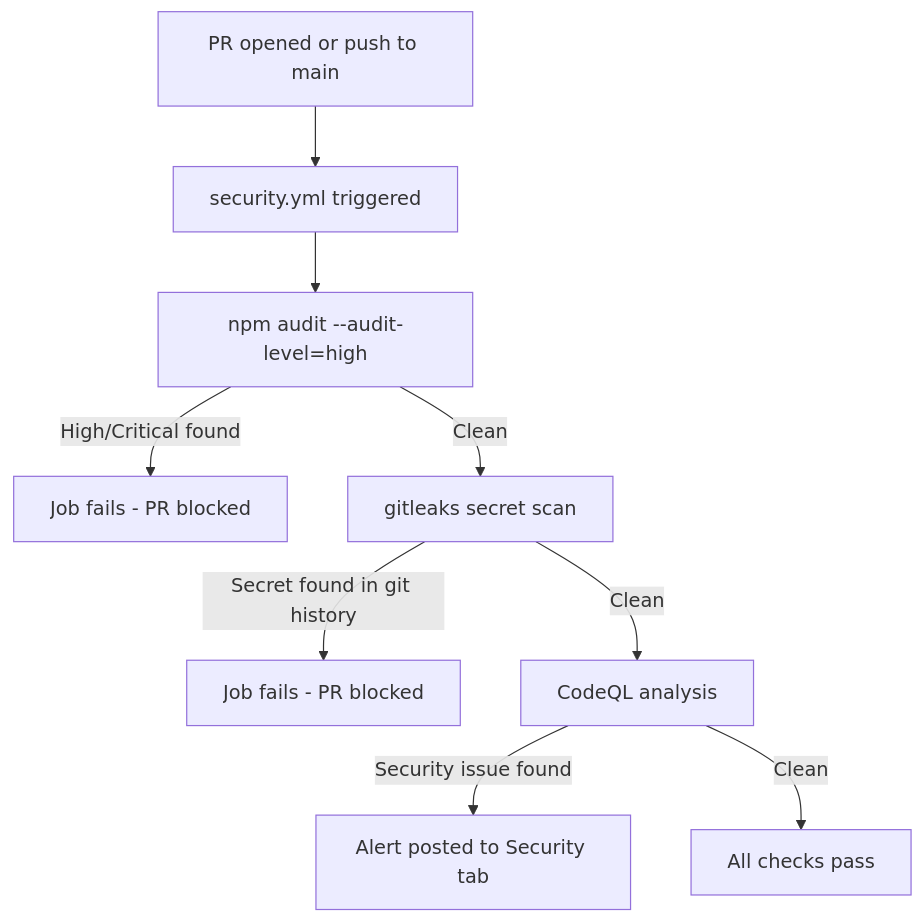
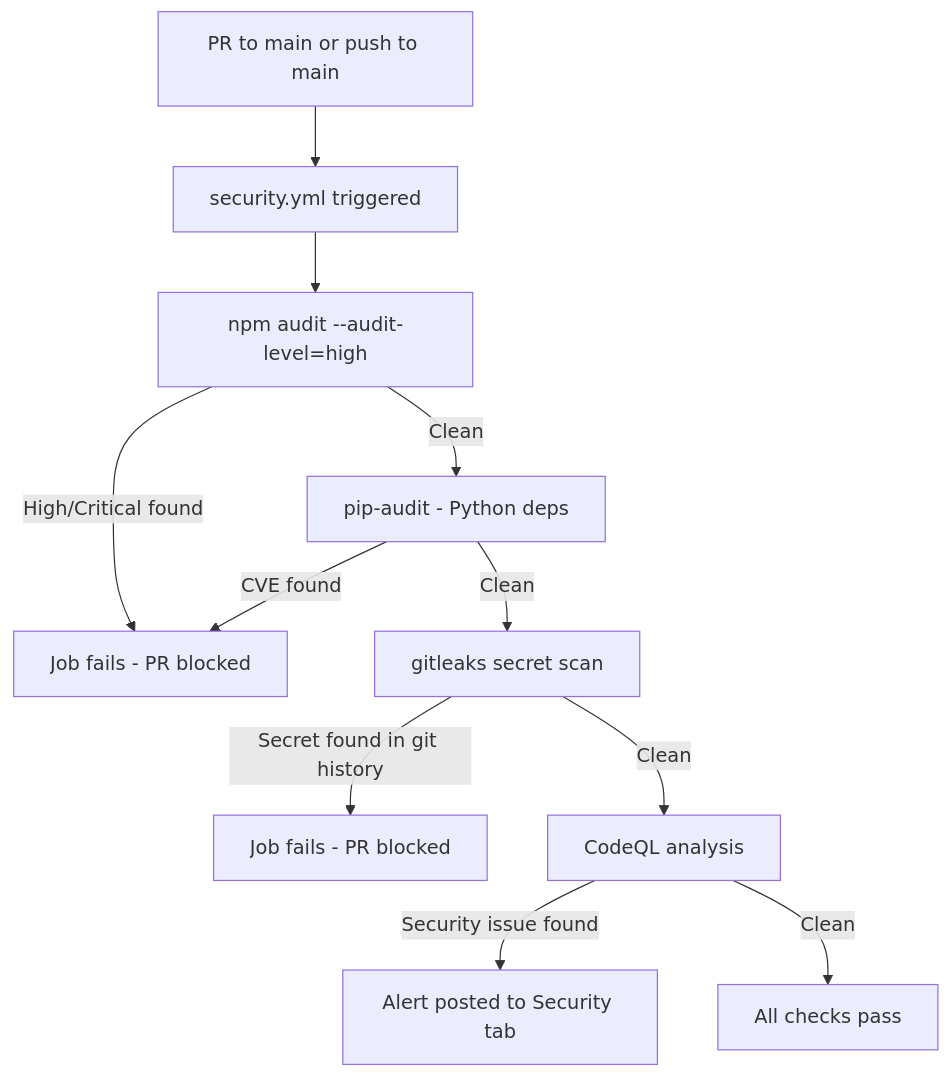
The sixth of 7 diagrams in docs/wiki/SECURITY.md (Oweeboi011/Fit-Ready-IQ), drawn with Mermaid before and after one commit. The commit also changed other lines of this file and 15 other files, not shown here.

````diff
--- a/docs/wiki/SECURITY.md
+++ b/docs/wiki/SECURITY.md
@@ -297,11 +297,13 @@
 ```mermaid
 flowchart TD
-    A[PR opened or push to main] --> B[security.yml triggered]
+    A[PR to main or push to main] --> B[security.yml triggered]
     B --> C[npm audit --audit-level=high]
     C -->|High/Critical found| D[Job fails - PR blocked]
-    C -->|Clean| E[gitleaks secret scan]
-    E -->|Secret found in git history| F[Job fails - PR blocked]
-    E -->|Clean| G[CodeQL analysis]
-    G -->|Security issue found| H[Alert posted to Security tab]
-    G -->|Clean| I[All checks pass]
+    C -->|Clean| E[pip-audit - Python deps]
+    E -->|CVE found| D
+    E -->|Clean| F[gitleaks secret scan]
+    F -->|Secret found in git history| G[Job fails - PR blocked]
+    F -->|Clean| H[CodeQL analysis]
+    H -->|Security issue found| I[Alert posted to Security tab]
+    H -->|Clean| J[All checks pass]
 ```
````
